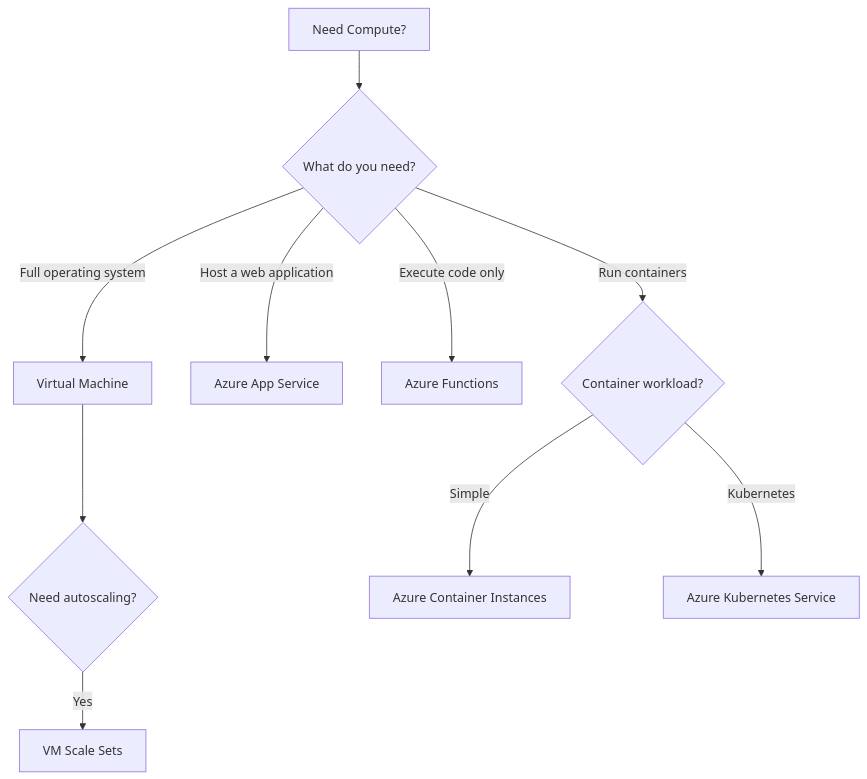
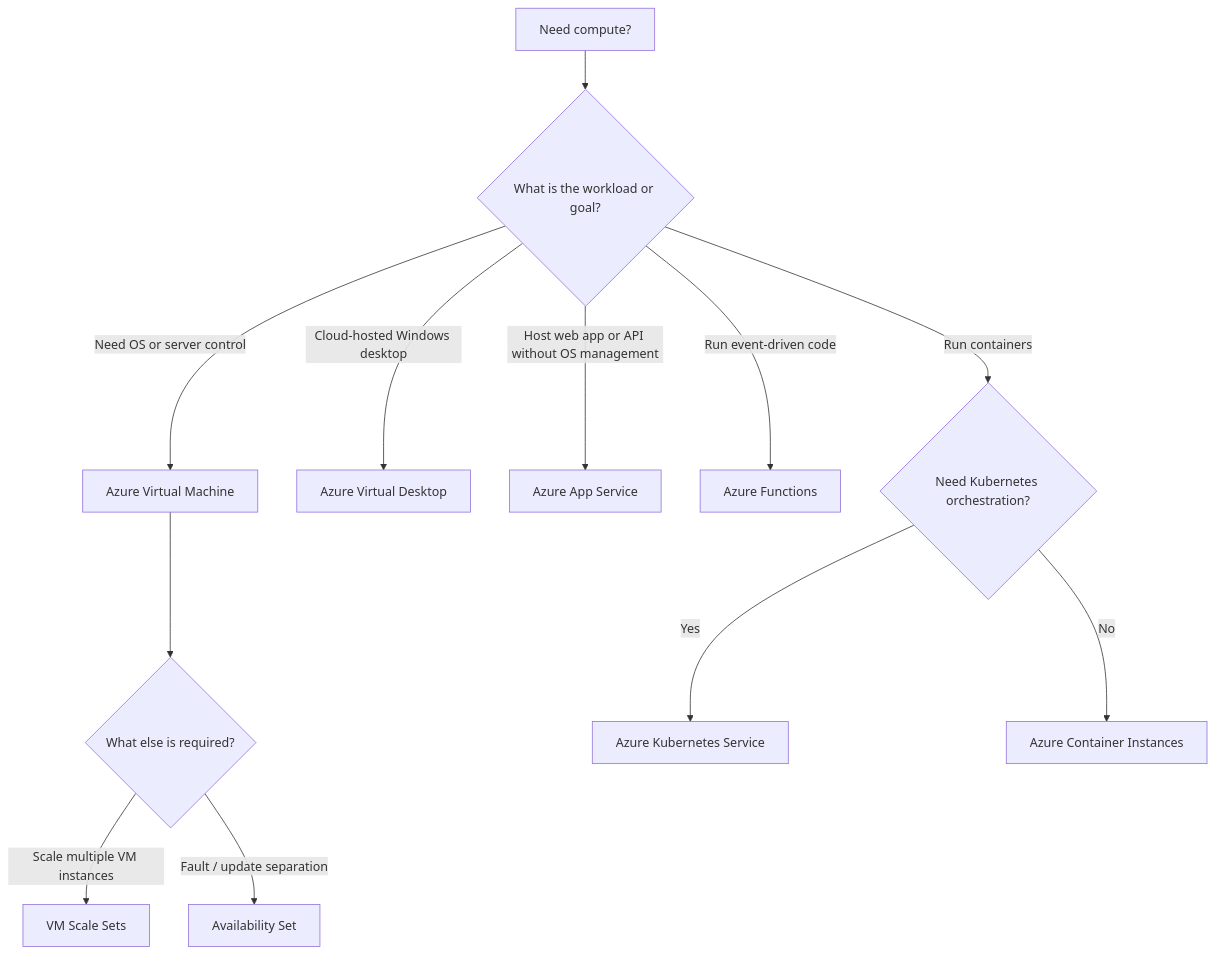
Before and after one commit to zhyordanova/azure-fundamentals-handbook: the diagram in exam/decision-trees/compute-decision-tree.md, drawn with Mermaid. The commit also changed other lines of this file and 9 other files, not shown here.

````diff
--- a/exam/decision-trees/compute-decision-tree.md
+++ b/exam/decision-trees/compute-decision-tree.md
@@ -3,21 +3,17 @@
 ```mermaid
 flowchart TD
 
-    A["Need Compute?"] --> B{"What do you need?"}
+    A["Need compute?"] --> B{"What is the workload or goal?"}
 
-    B -->|Full operating system| C["Virtual Machine"]
+    B -->|"Need OS or server control"| VM["Azure Virtual Machine"]
+    VM --> C{"What else is required?"}
+    C -->|"Scale multiple VM instances"| VMSS["VM Scale Sets"]
+    C -->|"Fault / update separation"| AS["Availability Set"]
 
-    C --> D{"Need autoscaling?"}
-
-    D -->|Yes| E["VM Scale Sets"]
-
-    B -->|Host a web application| F["Azure App Service"]
-
-    B -->|Execute code only| G["Azure Functions"]
-
-    B -->|Run containers| H{"Container workload?"}
-
-    H -->|Simple| I["Azure Container Instances"]
-
-    H -->|Kubernetes| J["Azure Kubernetes Service"]
+    B -->|"Cloud-hosted Windows desktop"| AVD["Azure Virtual Desktop"]
+    B -->|"Host web app or API without OS management"| APP["Azure App Service"]
+    B -->|"Run event-driven code"| FUNC["Azure Functions"]
+    B -->|"Run containers"| CONT{"Need Kubernetes orchestration?"}
+    CONT -->|Yes| AKS["Azure Kubernetes Service"]
+    CONT -->|No| ACI["Azure Container Instances"]
 ```
````
